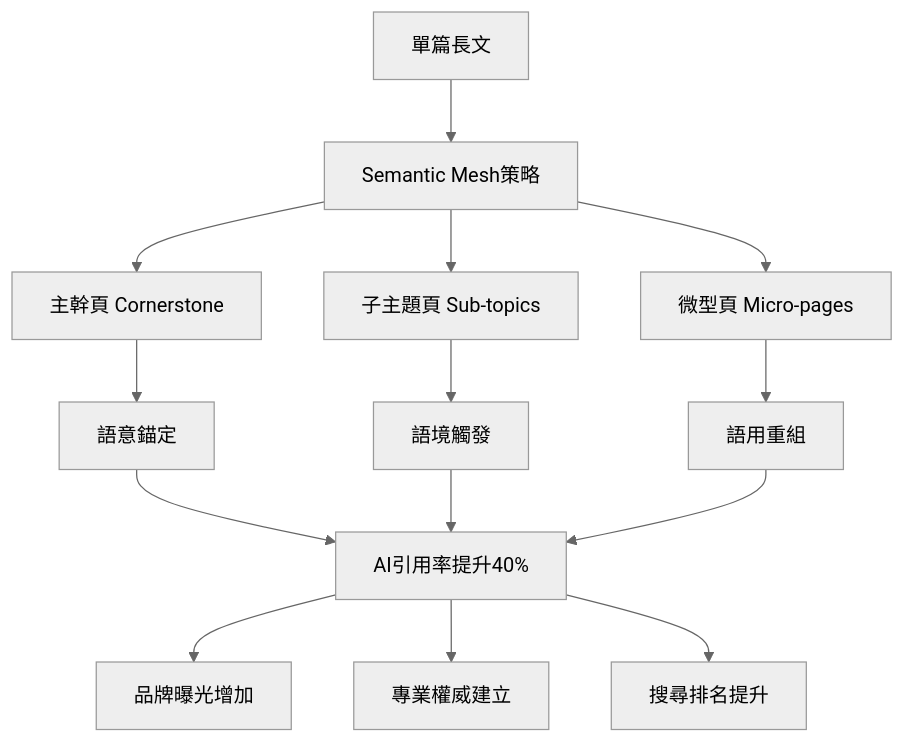
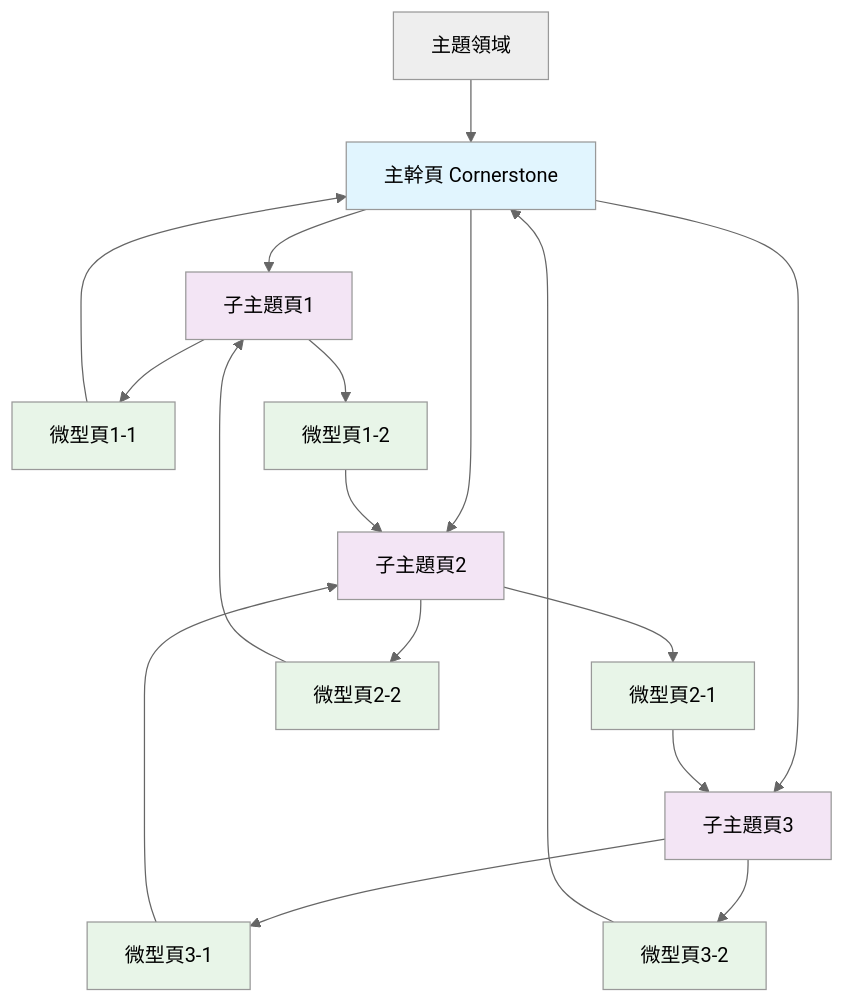
The diagram in posts/semantic-mesh.md (bless25min/AIOGEO-Knowledge), drawn with Mermaid (neutral theme) before and after one commit. The commit also changed other lines of this file, not shown here.

````diff
--- a/posts/semantic-mesh.md
+++ b/posts/semantic-mesh.md
@@ -25,19 +38,32 @@
 ```mermaid
-graph TB
-    A[單篇長文] --> B[Semantic Mesh策略]
-    B --> C[主幹頁 Cornerstone]
-    B --> D[子主題頁 Sub-topics] 
-    B --> E[微型頁 Micro-pages]
+graph TD
+    A[主題領域] --> B[主幹頁 Cornerstone]
+    B --> C[子主題頁1]
+    B --> D[子主題頁2] 
+    B --> E[子主題頁3]
     
-    C --> F[語意錨定]
-    D --> G[語境觸發]
-    E --> H[語用重組]
+    C --> F[微型頁1-1]
+    C --> G[微型頁1-2]
+    D --> H[微型頁2-1]
+    D --> I[微型頁2-2]
+    E --> J[微型頁3-1]
+    E --> K[微型頁3-2]
     
-    F --> I[AI引用率提升40%]
-    G --> I
-    H --> I
+    F --> B
+    G --> D
+    H --> E
+    I --> C
+    J --> D
+    K --> B
     
-    I --> J[品牌曝光增加]
-    I --> K[專業權威建立]
-    I --> L[搜尋排名提升]
+    style B fill:#e1f5fe
+    style C fill:#f3e5f5
+    style D fill:#f3e5f5
+    style E fill:#f3e5f5
+    style F fill:#e8f5e8
+    style G fill:#e8f5e8
+    style H fill:#e8f5e8
+    style I fill:#e8f5e8
+    style J fill:#e8f5e8
+    style K fill:#e8f5e8
 ```
````
